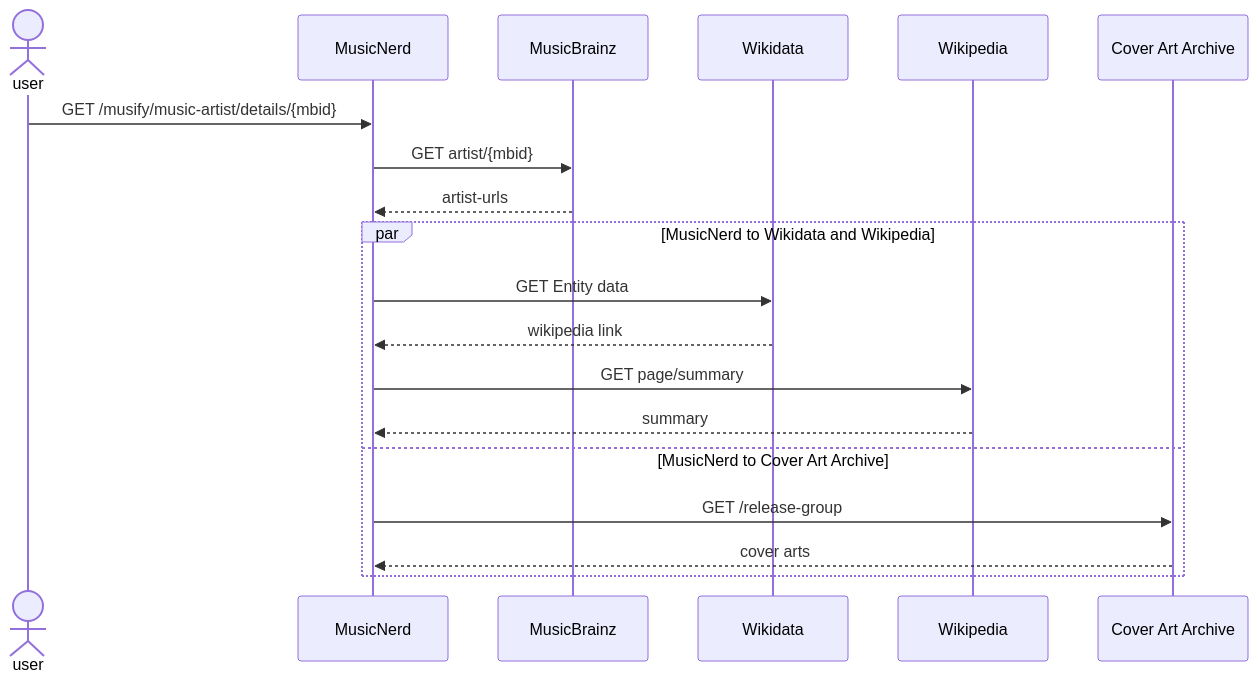
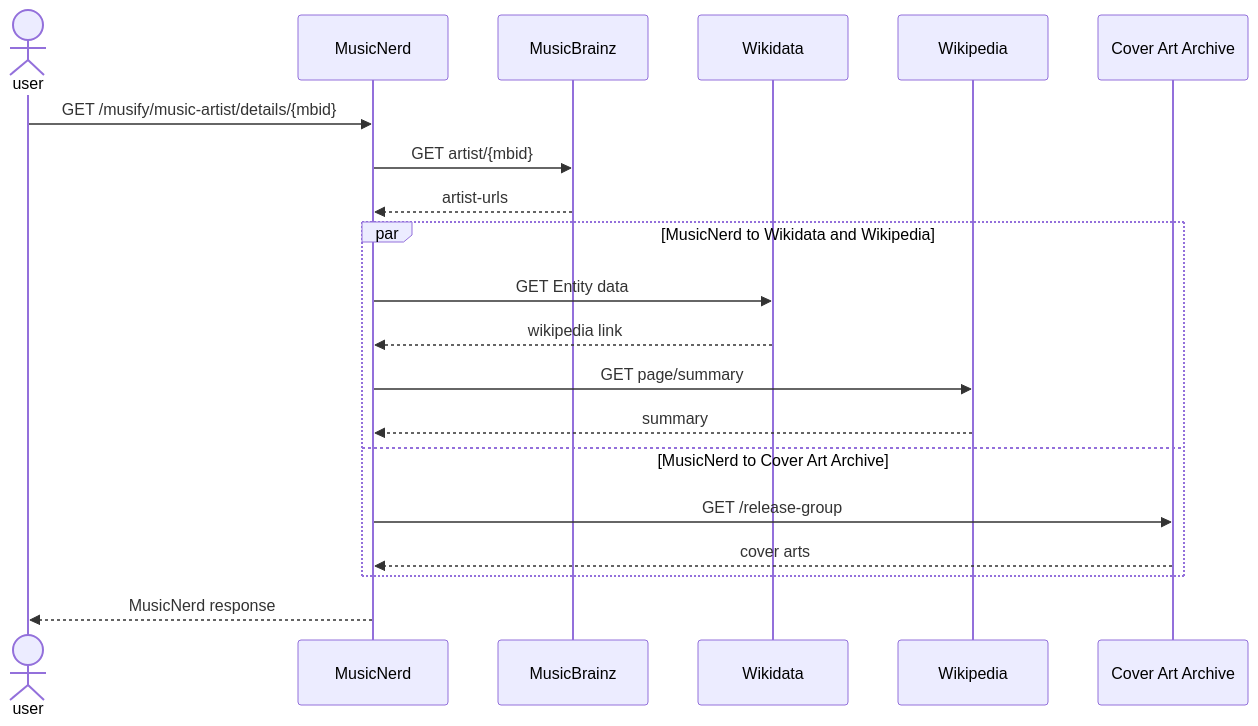
The diagram in Readme.md (perty/musicnerd), drawn with Mermaid before and after one commit. The commit also changed other lines of this file and 9 other files, not shown here.

````diff
--- a/Readme.md
+++ b/Readme.md
@@ -13,21 +15,22 @@
 ```mermaid
 sequenceDiagram
 actor user
 participant MN as MusicNerd
 participant MB as MusicBrainz
 participant WD as Wikidata
 participant WP as Wikipedia
 participant CA as Cover Art Archive
 user->>MN: GET /musify/music-artist/details/{mbid} 
 MN->>MB: GET artist/{mbid}
 MB-->>MN: artist-urls
 par MusicNerd to Wikidata and Wikipedia
     MN->>WD: GET Entity data
     WD-->>MN: wikipedia link
     MN->>WP: GET page/summary
     WP-->>MN: summary
 and MusicNerd to Cover Art Archive
     MN->>CA: GET /release-group
     CA-->>MN: cover arts
 end
+MN-->>user: MusicNerd response
 ```
````
